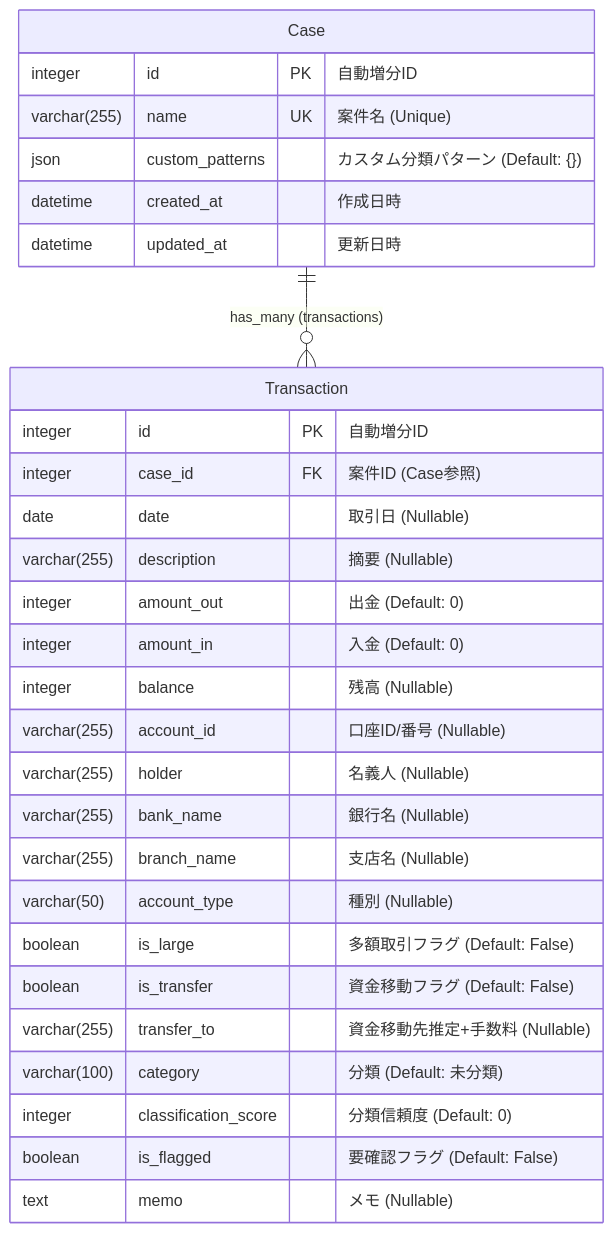
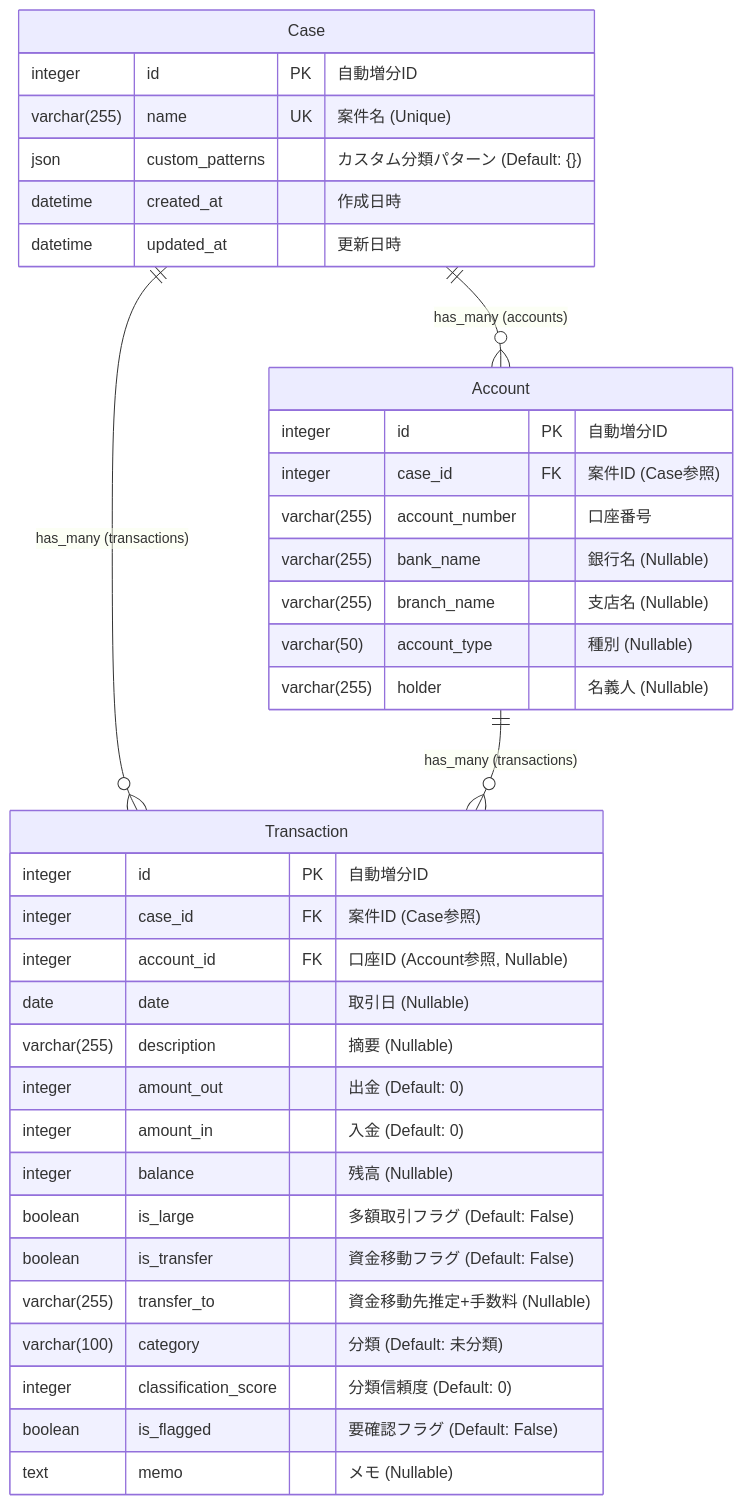
Before and after one commit to kojima1978/tax_apps: the diagram in apps/bank-analyzer-django/ER_DIAGRAM.md, drawn with Mermaid. The commit also changed other lines of this file and 29 other files, not shown here.

````diff
--- a/apps/bank-analyzer-django/ER_DIAGRAM.md
+++ b/apps/bank-analyzer-django/ER_DIAGRAM.md
@@ -5,34 +5,42 @@
 ```mermaid
 erDiagram
+    Case ||--o{ Account : "has_many (accounts)"
     Case ||--o{ Transaction : "has_many (transactions)"
+    Account ||--o{ Transaction : "has_many (transactions)"
 
     Case {
         integer id PK "自動増分ID"
         varchar(255) name UK "案件名 (Unique)"
         json custom_patterns "カスタム分類パターン (Default: {})"
         datetime created_at "作成日時"
         datetime updated_at "更新日時"
     }
 
+    Account {
+        integer id PK "自動増分ID"
+        integer case_id FK "案件ID (Case参照)"
+        varchar(255) account_number "口座番号"
+        varchar(255) bank_name "銀行名 (Nullable)"
+        varchar(255) branch_name "支店名 (Nullable)"
+        varchar(50) account_type "種別 (Nullable)"
+        varchar(255) holder "名義人 (Nullable)"
+    }
+
     Transaction {
         integer id PK "自動増分ID"
         integer case_id FK "案件ID (Case参照)"
+        integer account_id FK "口座ID (Account参照, Nullable)"
         date date "取引日 (Nullable)"
         varchar(255) description "摘要 (Nullable)"
         integer amount_out "出金 (Default: 0)"
         integer amount_in "入金 (Default: 0)"
         integer balance "残高 (Nullable)"
-        varchar(255) account_id "口座ID/番号 (Nullable)"
-        varchar(255) holder "名義人 (Nullable)"
-        varchar(255) bank_name "銀行名 (Nullable)"
-        varchar(255) branch_name "支店名 (Nullable)"
-        varchar(50) account_type "種別 (Nullable)"
         boolean is_large "多額取引フラグ (Default: False)"
         boolean is_transfer "資金移動フラグ (Default: False)"
         varchar(255) transfer_to "資金移動先推定+手数料 (Nullable)"
         varchar(100) category "分類 (Default: 未分類)"
         integer classification_score "分類信頼度 (Default: 0)"
         boolean is_flagged "要確認フラグ (Default: False)"
         text memo "メモ (Nullable)"
     }
 ```
````
